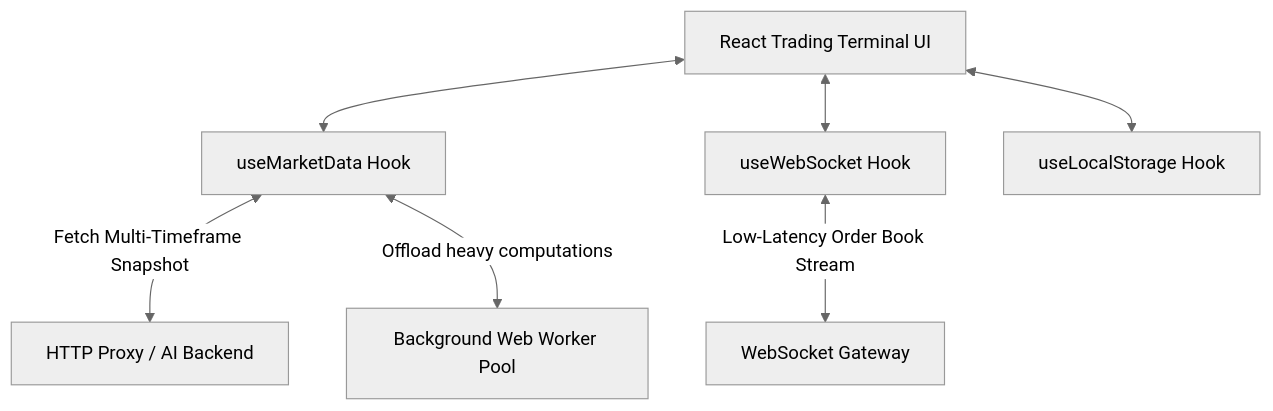
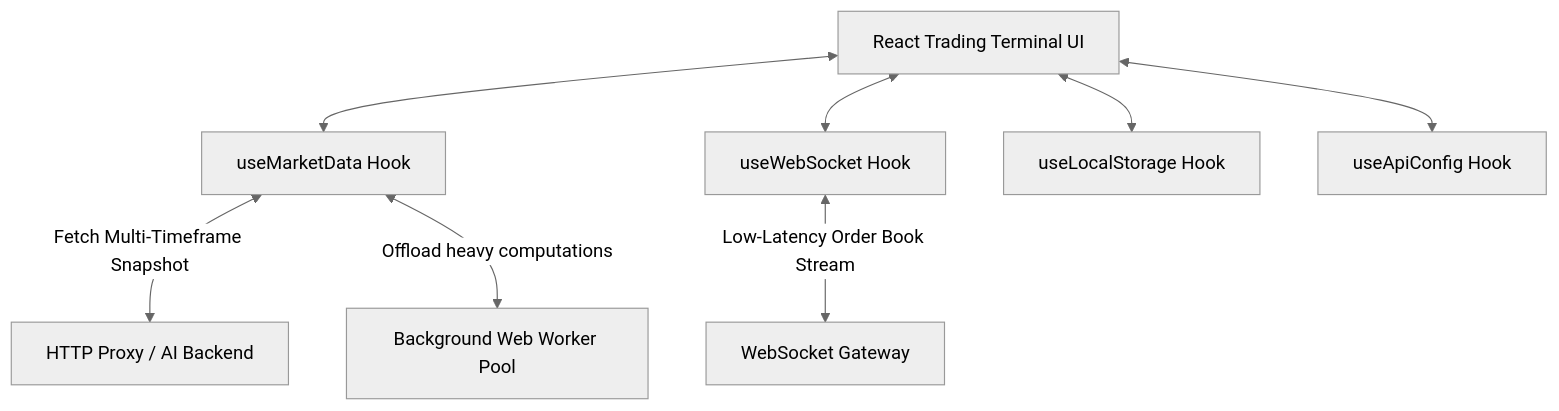
The diagram in robot trader/README.md (amir-hdri/Intelligences-Trader), drawn with Mermaid (neutral theme) before and after one commit. The commit also changed other lines of this file and 48 other files, not shown here.

````diff
--- a/robot trader/README.md
+++ b/robot trader/README.md
@@ -33,15 +47,17 @@
 ```mermaid
 graph TD
     UI[React Trading Terminal UI]
     H_Market[useMarketData Hook]
     H_WS[useWebSocket Hook]
     H_Local[useLocalStorage Hook]
-    
+    H_Api[useApiConfig Hook]
+
     UI <--> H_Market
     UI <--> H_WS
     UI <--> H_Local
-    
+    UI <--> H_Api
+
     H_Market <-->|Fetch Multi-Timeframe Snapshot| API[HTTP Proxy / AI Backend]
     H_WS <-->|Low-Latency Order Book Stream| WS[WebSocket Gateway]
     H_Market <-->|Offload heavy computations| WorkerPool[Background Web Worker Pool]
 ```
````
